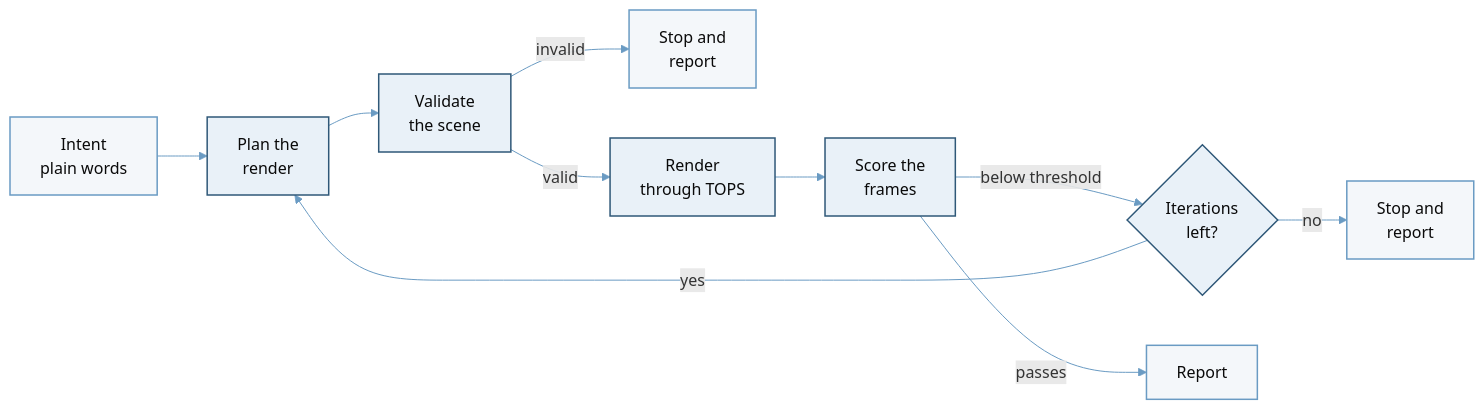
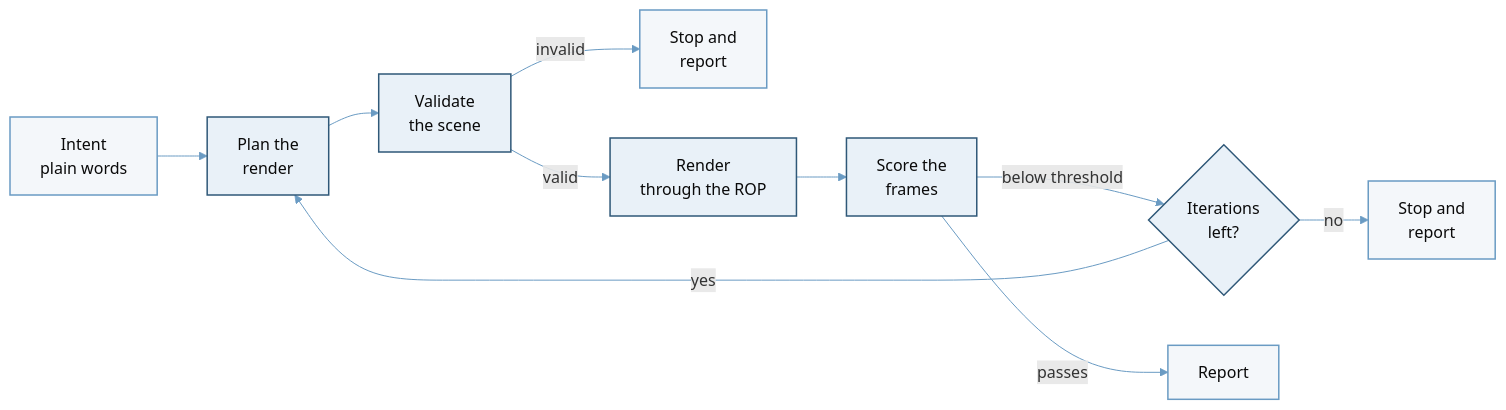
Before and after one commit to JosephOIbrahim/Synapse: the fifth of 5 diagrams in README.md, drawn with Mermaid. The commit also changed other lines of this file and 15 other files, not shown here.

````diff
--- a/README.md
+++ b/README.md
@@ -238,20 +243,20 @@
 ```mermaid
 flowchart LR
     accTitle: The autonomous render loop plans, validates, renders, scores and retries
-    accDescr: An intent becomes a render plan. Validation either stops and reports, or the plan renders through TOPS. The frames are scored against the quality threshold. A score below the threshold re-plans while iterations remain; otherwise the loop stops and reports. A score at or above the threshold produces the report.
+    accDescr: An intent becomes a render plan. Validation either stops and reports, or the plan renders through the render ROP. The frames are scored against the quality threshold. A score below the threshold re-plans while iterations remain; otherwise the loop stops and reports. A score at or above the threshold produces the report.
     I["Intent<br/>plain words"] --> P["Plan the<br/>render"]
     P --> V["Validate<br/>the scene"]
     V -->|"invalid"| X["Stop and<br/>report"]
-    V -->|"valid"| R["Render<br/>through TOPS"]
+    V -->|"valid"| R["Render<br/>through the ROP"]
     R --> E["Score the<br/>frames"]
     E -->|"below threshold"| L{"Iterations<br/>left?"}
     L -->|"yes"| P
     L -->|"no"| S["Stop and<br/>report"]
     E -->|"passes"| G["Report"]
     classDef default fill:#FFFFFF,stroke:#6A9BC3,stroke-width:1.5px,color:#0A0A0A
     classDef artist fill:#F4F7FA,stroke:#6A9BC3,color:#0A0A0A
     classDef synapse fill:#E9F1F8,stroke:#2F5878,color:#0A0A0A
     class I,X,S,G artist
     class P,V,R,E,L synapse
     linkStyle default stroke:#6A9BC3
 ```
````
